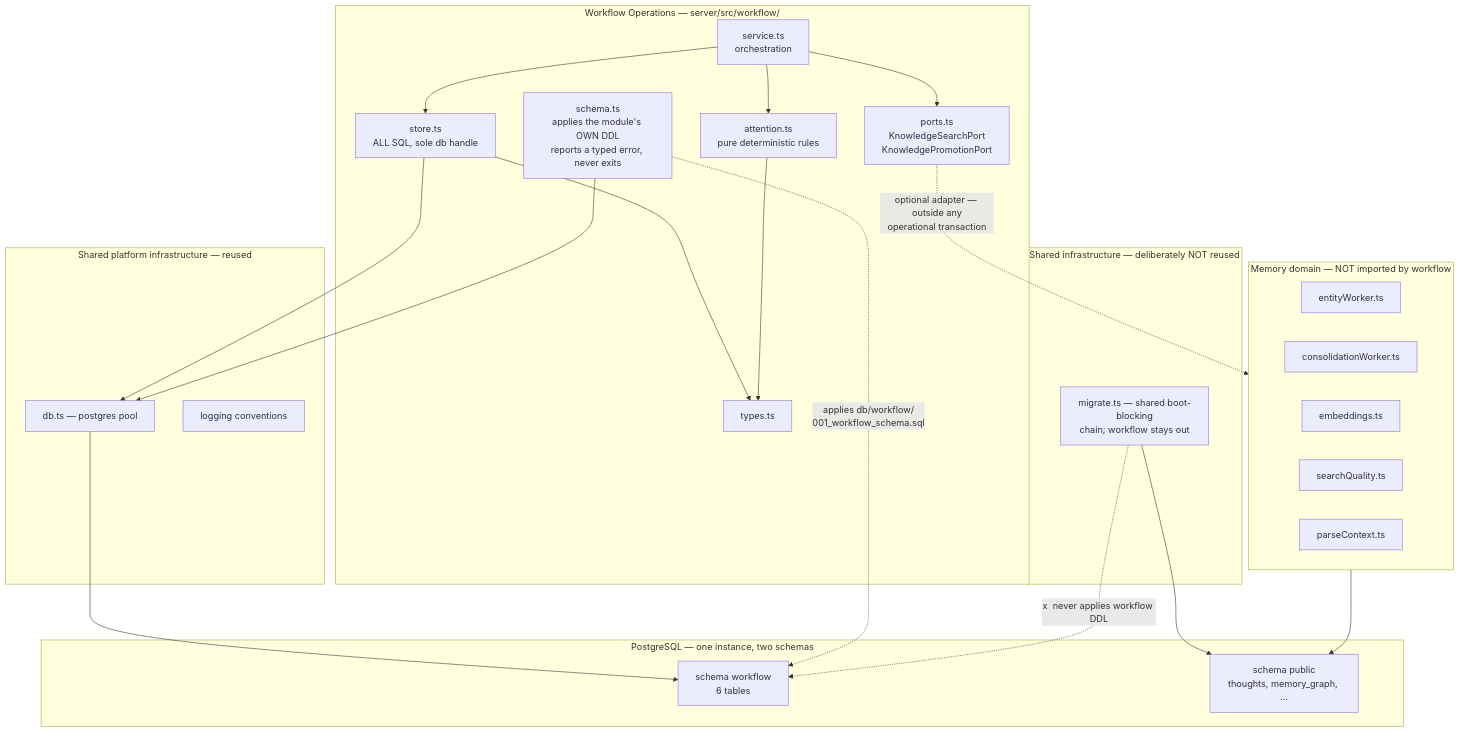
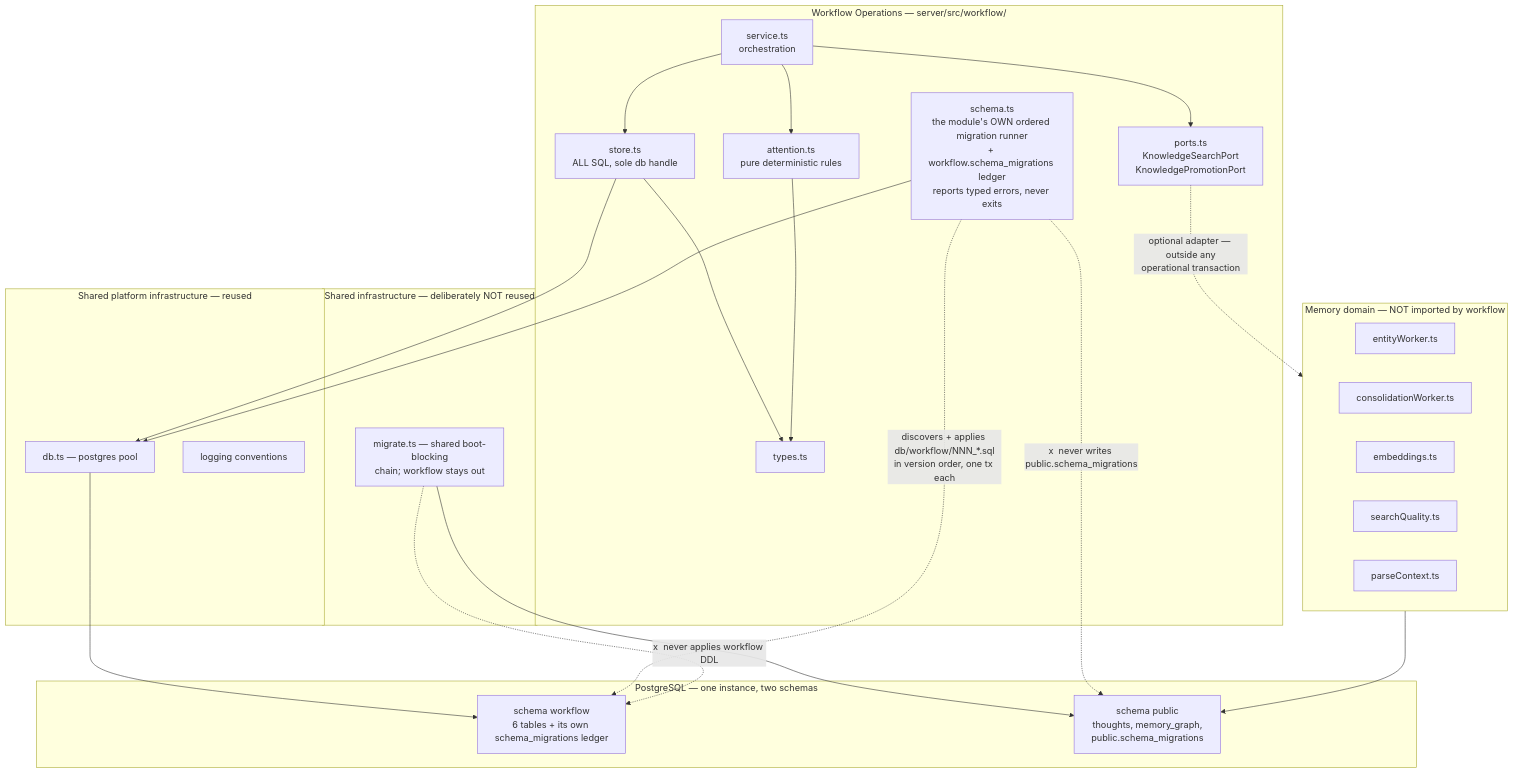
One commit to CAPeddle/ai-memory changed the diagram in docs/investigations/ST-084-awcp-host-spike-findings.md. Above: the diagram before and after it, drawn with Mermaid. The commit also changed other lines of this file, not shown here.

````diff
--- a/docs/investigations/ST-084-awcp-host-spike-findings.md
+++ b/docs/investigations/ST-084-awcp-host-spike-findings.md
@@ -528,47 +639,48 @@
 ```mermaid
 flowchart TB
   subgraph WF["Workflow Operations — server/src/workflow/"]
     V["service.ts<br/>orchestration"]
     S["store.ts<br/>ALL SQL, sole db handle"]
     A["attention.ts<br/>pure deterministic rules"]
     P["ports.ts<br/>KnowledgeSearchPort<br/>KnowledgePromotionPort"]
     T["types.ts"]
-    SCH["schema.ts<br/>applies the module's OWN DDL<br/>reports a typed error, never exits"]
+    SCH["schema.ts<br/>the module's OWN ordered migration runner<br/>+ workflow.schema_migrations ledger<br/>reports typed errors, never exits"]
   end
 
   subgraph SHARED["Shared platform infrastructure — reused"]
     DB["db.ts — postgres pool"]
     LOG["logging conventions"]
   end
 
   subgraph NOTREUSED["Shared infrastructure — deliberately NOT reused"]
     MIG["migrate.ts — shared boot-blocking<br/>chain; workflow stays out"]
   end
 
   subgraph MEM["Memory domain — NOT imported by workflow"]
     EW["entityWorker.ts"]
     CW["consolidationWorker.ts"]
     EMB["embeddings.ts"]
     SQ["searchQuality.ts"]
     PC["parseContext.ts"]
   end
 
   subgraph PG["PostgreSQL — one instance, two schemas"]
-    WSCH["schema workflow<br/>6 tables"]
-    PSCH["schema public<br/>thoughts, memory_graph, ..."]
+    WSCH["schema workflow<br/>6 tables + its own schema_migrations ledger"]
+    PSCH["schema public<br/>thoughts, memory_graph,<br/>public.schema_migrations"]
   end
 
   V --> S
   V --> A
   V --> P
   S --> T
   A --> T
   S --> DB
   SCH --> DB
   DB --> WSCH
-  SCH -. "applies db/workflow/<br/>001_workflow_schema.sql" .-> WSCH
+  SCH -. "discovers + applies db/workflow/NNN_*.sql<br/>in version order, one tx each" .-> WSCH
   MIG -. "x  never applies workflow DDL" .-> WSCH
   MIG --> PSCH
+  SCH -. "x  never writes public.schema_migrations" .-> PSCH
   P -. "optional adapter — outside any<br/>operational transaction" .-> MEM
   MEM --> PSCH
 ```
````
